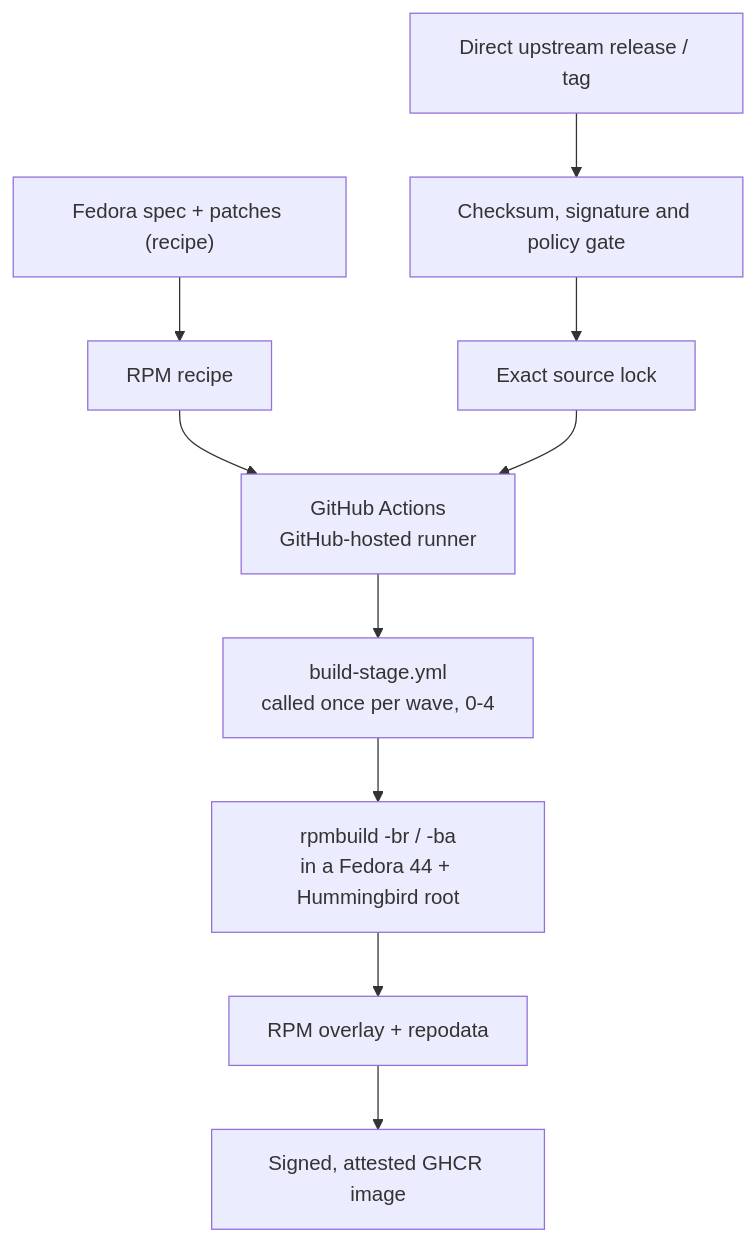
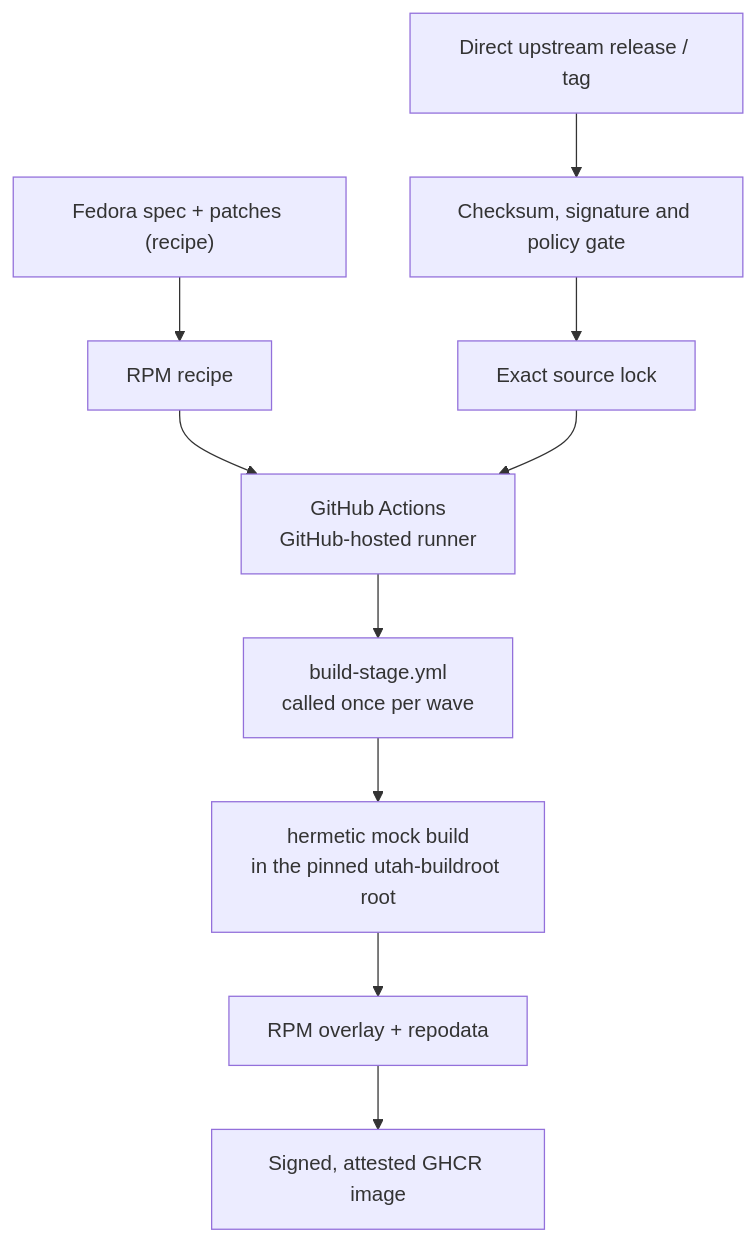
One commit to projectbluefin/utah-packages changed the diagram in docs/architecture.md. Above: the diagram before and after it, drawn with Mermaid. The commit also changed other lines of this file and 1 other file, not shown here.

Commit message:
docs(bst-to-rpm): up to four early publications; link issue references
architecture.md's diagram no longer says rpmbuild or waves 0-4.

````diff
--- a/docs/architecture.md
+++ b/docs/architecture.md
@@ -6,12 +6,12 @@
 ```mermaid
 flowchart TD
   Fedora["Fedora spec + patches (recipe)"] --> Spec["RPM recipe"]
   Upstream["Direct upstream release / tag"] --> Verify["Checksum, signature and policy gate"]
   Verify --> Lock["Exact source lock"]
   Spec --> GHA["GitHub Actions\nGitHub-hosted runner"]
   Lock --> GHA
-  GHA --> Stages["build-stage.yml\ncalled once per wave, 0-4"]
-  Stages --> Binary["rpmbuild -br / -ba\nin a Fedora 44 + Hummingbird root"]
+  GHA --> Stages["build-stage.yml\ncalled once per wave"]
+  Stages --> Binary["hermetic mock build\nin the pinned utah-buildroot root"]
   Binary --> Repo["RPM overlay + repodata"]
   Repo --> GHCR["Signed, attested GHCR image"]
 ```
````
